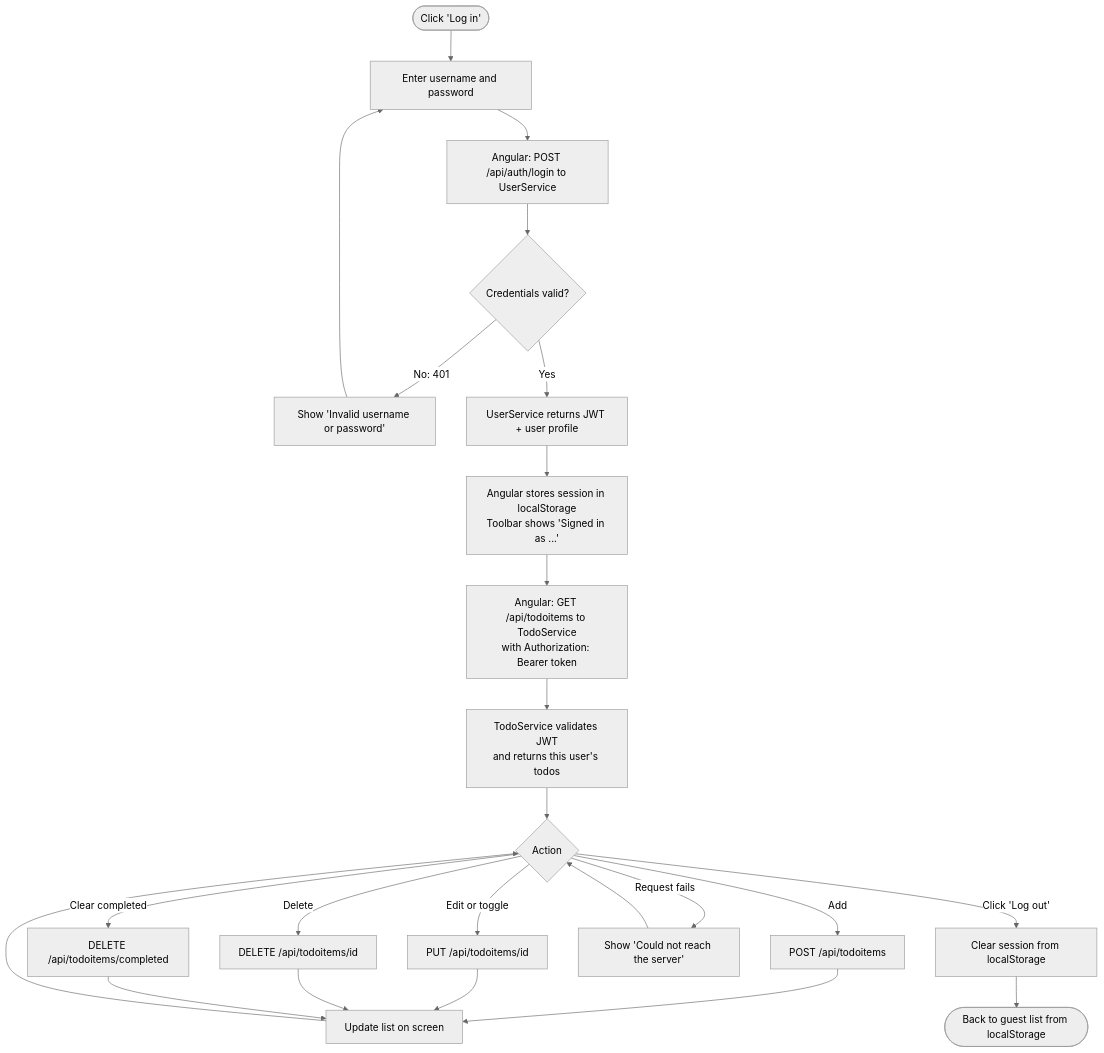
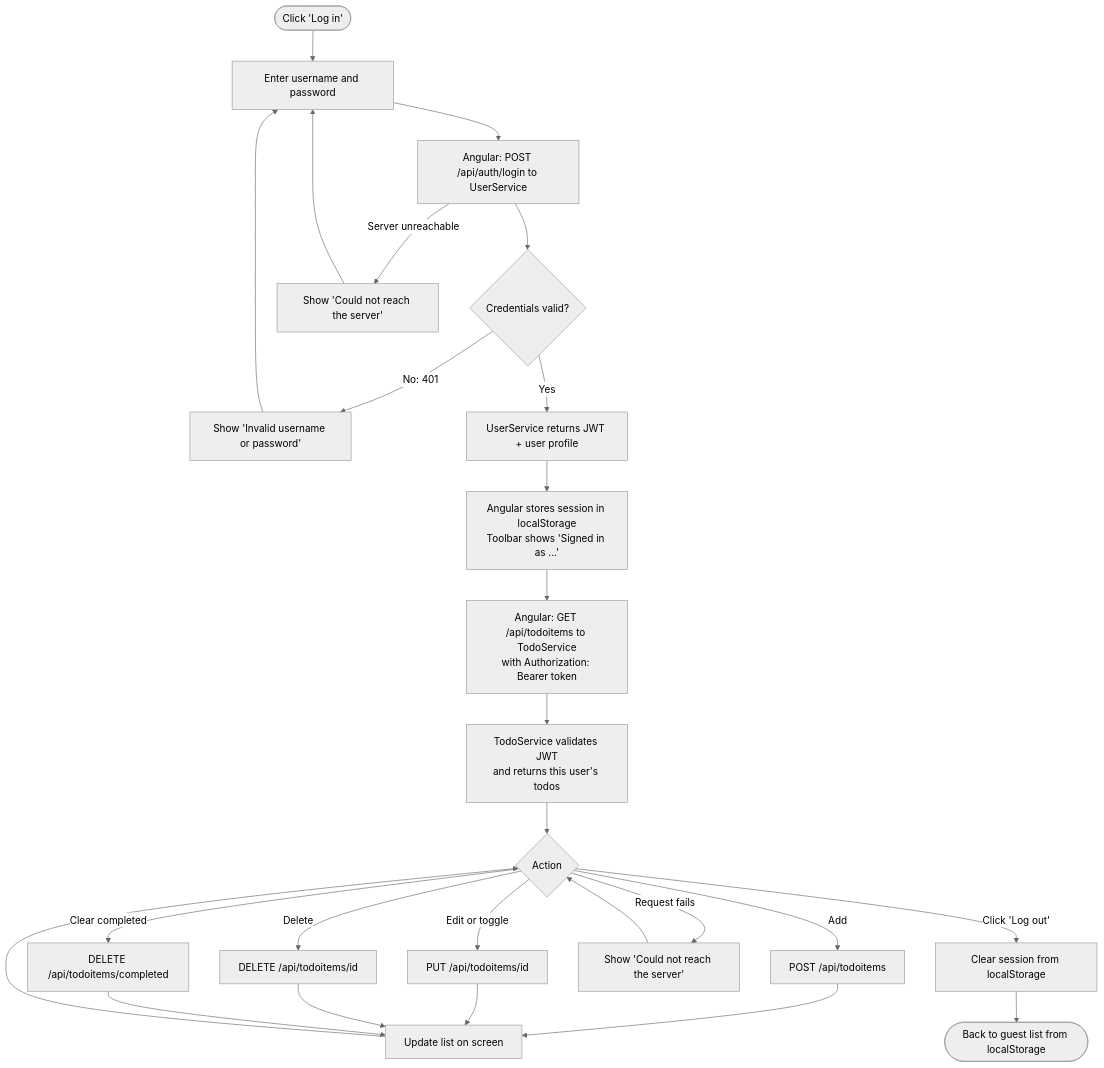
The second of 3 diagrams in README.md (belmont120/TODO-List), drawn with Mermaid (neutral theme) before and after one commit. The commit also changed other lines of this file and 2 other files, not shown here.

````diff
--- a/README.md
+++ b/README.md
@@ -111,23 +161,25 @@
 ```mermaid
 flowchart TD
     A([Click 'Log in']) --> B[Enter username and password]
     B --> C[Angular: POST /api/auth/login to UserService]
     C --> D{Credentials valid?}
     D -->|No: 401| E[Show 'Invalid username or password']
     E --> B
+    C -->|Server unreachable| E2[Show 'Could not reach the server']
+    E2 --> B
     D -->|Yes| F[UserService returns JWT + user profile]
     F --> G[Angular stores session in localStorage<br/>Toolbar shows 'Signed in as ...']
     G --> H[Angular: GET /api/todoitems to TodoService<br/>with Authorization: Bearer token]
     H --> I[TodoService validates JWT<br/>and returns this user's todos]
     I --> J{Action}
     J -->|Add| K[POST /api/todoitems]
     J -->|Edit or toggle| L[PUT /api/todoitems/id]
     J -->|Delete| M[DELETE /api/todoitems/id]
     J -->|Clear completed| N[DELETE /api/todoitems/completed]
     K & L & M & N --> O[Update list on screen]
     O --> J
     J -->|Request fails| P[Show 'Could not reach the server']
     P --> J
     J -->|Click 'Log out'| Q[Clear session from localStorage]
     Q --> R([Back to guest list from localStorage])
 ```
````
